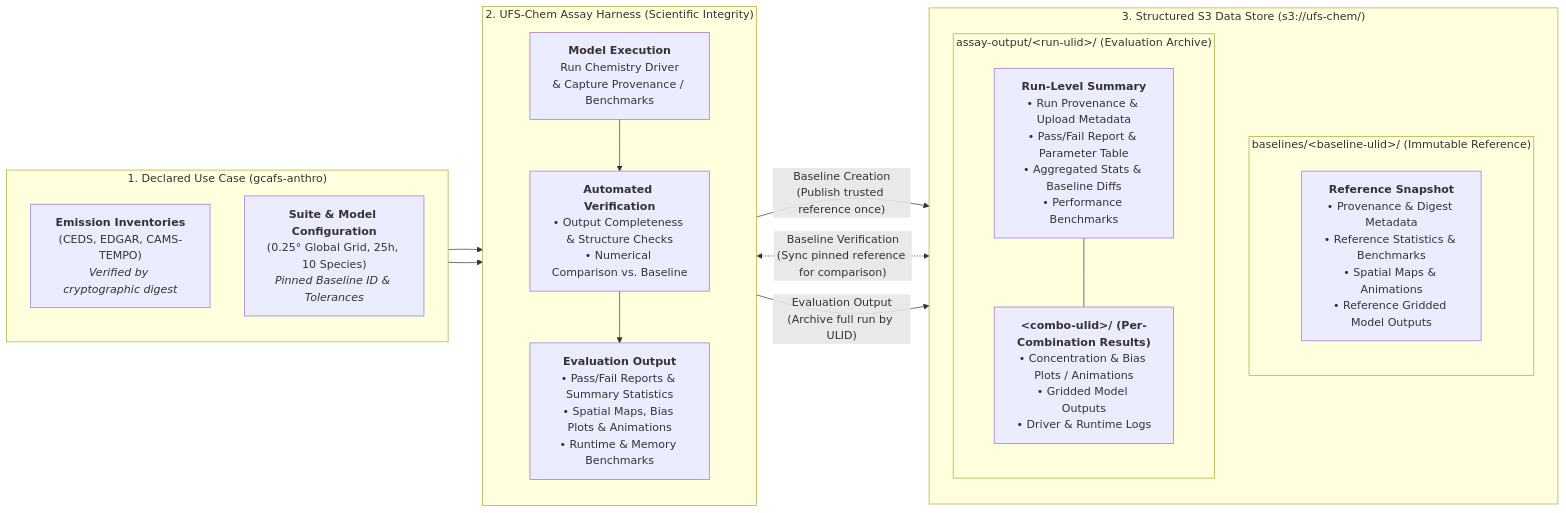
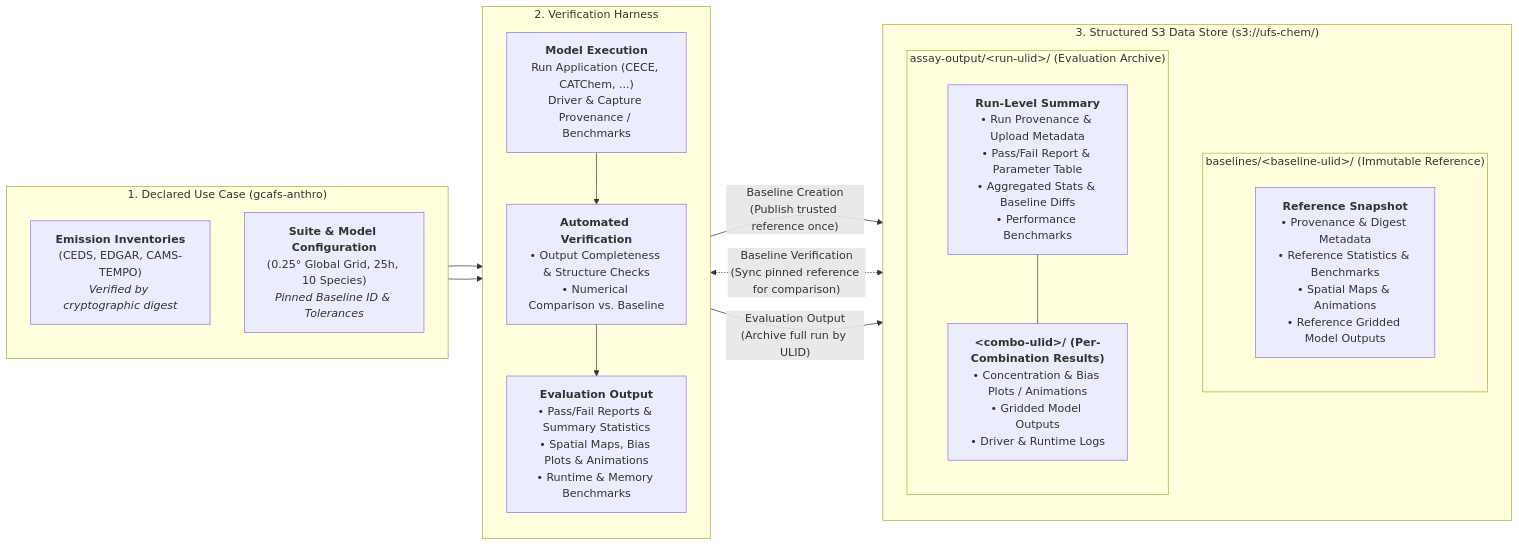
The diagram in design/spike/20261029-1719-overview/20261029-1719-overview.md (benkozi/ufs-chem-assay), drawn with Mermaid before and after one commit. The commit also changed other lines of this file and 1 other file, not shown here.

````diff
--- a/design/spike/20261029-1719-overview/20261029-1719-overview.md
+++ b/design/spike/20261029-1719-overview/20261029-1719-overview.md
@@ -54,37 +54,37 @@
 ```mermaid
 flowchart LR
     subgraph UseCase["1. Declared Use Case (gcafs-anthro)"]
         direction TB
         Inputs["<b>Emission Inventories</b><br/>(CEDS, EDGAR, CAMS-TEMPO)<br/><i>Verified by cryptographic digest</i>"]
         Config["<b>Suite &amp; Model Configuration</b><br/>(0.25° Global Grid, 25h, 10 Species)<br/><i>Pinned Baseline ID &amp; Tolerances</i>"]
     end
 
-    subgraph Harness["2. UFS-Chem Assay Harness (Scientific Integrity)"]
+    subgraph Harness["2. Verification Harness"]
         direction TB
-        Run["<b>Model Execution</b><br/>Run Chemistry Driver<br/>&amp; Capture Provenance / Benchmarks"]
+        Run["<b>Model Execution</b><br/>Run Application (CECE, CATChem, ...)<br/>Driver &amp; Capture Provenance / Benchmarks"]
         Verify["<b>Automated Verification</b><br/>• Output Completeness &amp; Structure Checks<br/>• Numerical Comparison vs. Baseline"]
         Evaluate["<b>Evaluation Output</b><br/>• Pass/Fail Reports &amp; Summary Statistics<br/>• Spatial Maps, Bias Plots &amp; Animations<br/>• Runtime &amp; Memory Benchmarks"]
         Run --> Verify --> Evaluate
     end
 
     subgraph S3["3. Structured S3 Data Store (s3://ufs-chem/)"]
         direction TB
         subgraph Baselines["baselines/&lt;baseline-ulid&gt;/ (Immutable Reference)"]
             direction TB
             BContent["<b>Reference Snapshot</b><br/>• Provenance &amp; Digest Metadata<br/>• Reference Statistics &amp; Benchmarks<br/>• Spatial Maps &amp; Animations<br/>• Reference Gridded Model Outputs"]
         end
         subgraph Outputs["assay-output/&lt;run-ulid&gt;/ (Evaluation Archive)"]
             direction TB
             ORoot["<b>Run-Level Summary</b><br/>• Run Provenance &amp; Upload Metadata<br/>• Pass/Fail Report &amp; Parameter Table<br/>• Aggregated Stats &amp; Baseline Diffs<br/>• Performance Benchmarks"]
             OCombo["<b>&lt;combo-ulid&gt;/ (Per-Combination Results)</b><br/>• Concentration &amp; Bias Plots / Animations<br/>• Gridded Model Outputs<br/>• Driver &amp; Runtime Logs"]
             ORoot --- OCombo
         end
     end
 
     Inputs --> Run
     Config --> Run
 
     Evaluate -- "Baseline Creation<br/>(Publish trusted reference once)" --> Baselines
     Verify <-. "Baseline Verification<br/>(Sync pinned reference for comparison)" .-> Baselines
     Evaluate -- "Evaluation Output<br/>(Archive full run by ULID)" --> Outputs
 ```
````
